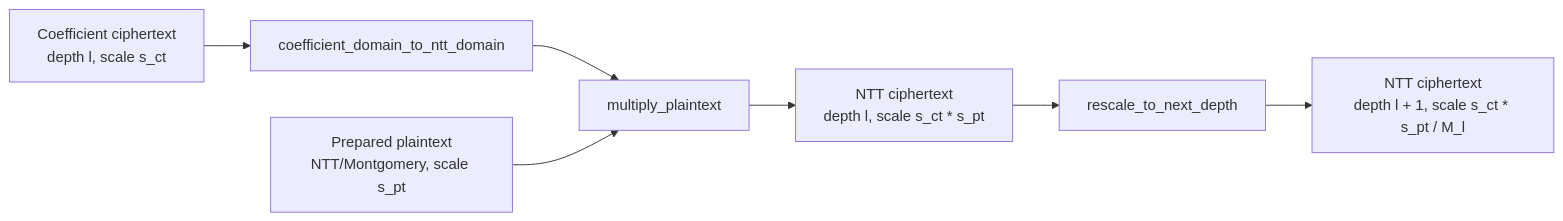
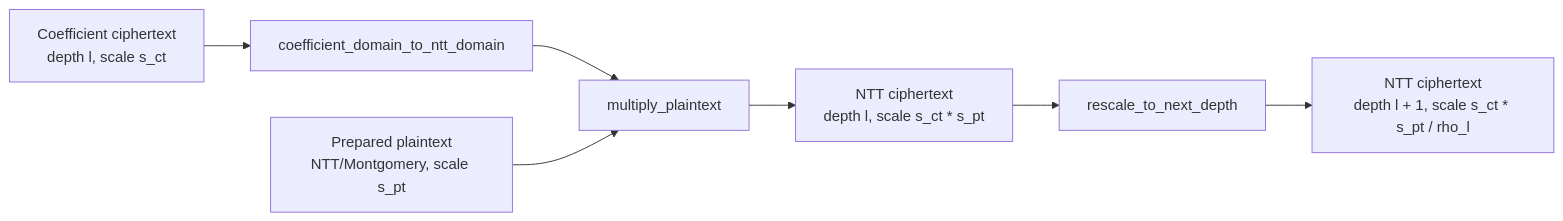
One commit to visualDust/fhelium changed the third of 6 diagrams in docs/concepts/ckks/evaluator-operation-transitions.md. Above: the diagram before and after it, drawn with Mermaid. The commit also changed other lines of this file and 475 other files, not shown here.

````diff
--- a/docs/concepts/ckks/evaluator-operation-transitions.md
+++ b/docs/concepts/ckks/evaluator-operation-transitions.md
@@ -46,13 +85,13 @@
 ```mermaid
 flowchart LR
     CT[Coefficient ciphertext<br/>depth l, scale s_ct]
     NTT[coefficient_domain_to_ntt_domain]
     PT[Prepared plaintext<br/>NTT/Montgomery, scale s_pt]
     PM[multiply_plaintext]
     OUT[NTT ciphertext<br/>depth l, scale s_ct * s_pt]
     RS[rescale_to_next_depth]
-    NEXT[NTT ciphertext<br/>depth l + 1, scale s_ct * s_pt / M_l]
+    NEXT[NTT ciphertext<br/>depth l + 1, scale s_ct * s_pt / rho_l]
     CT --> NTT --> PM
     PT --> PM
     PM --> OUT --> RS --> NEXT
 ```
````
